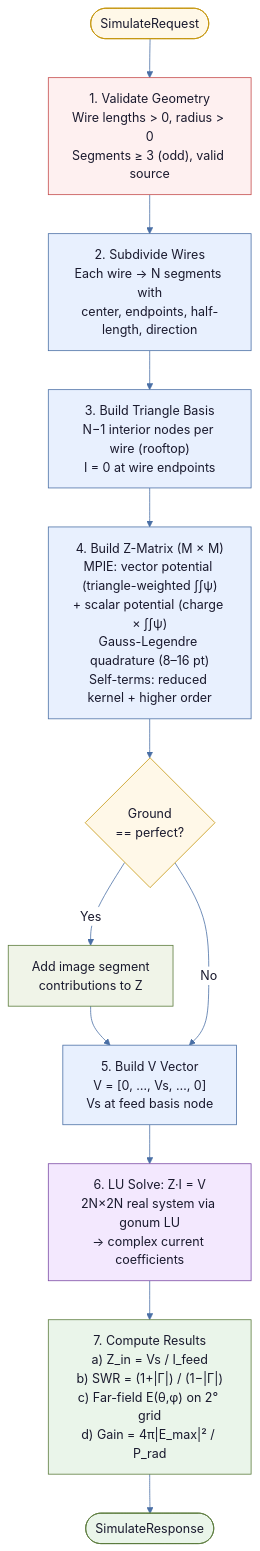
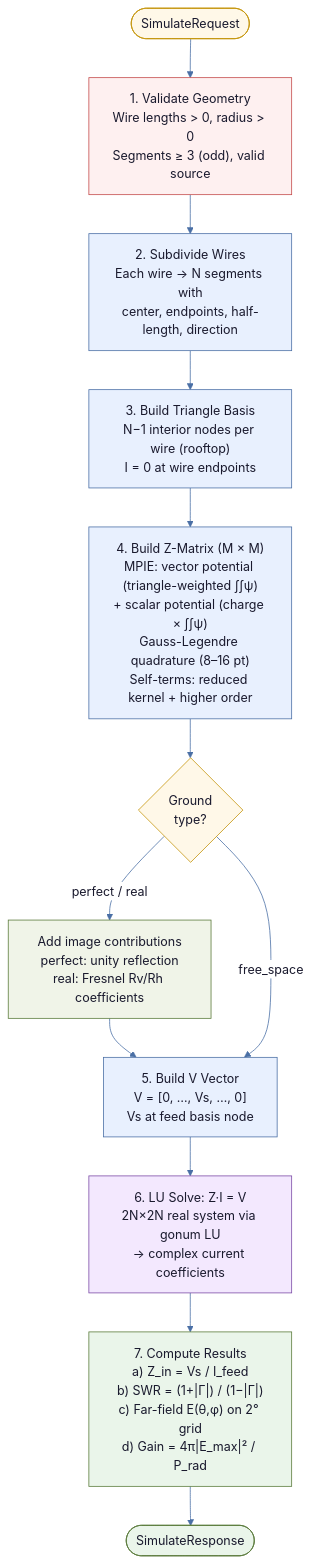
Before and after one commit to Sergio-Slobodrian/VE3KSM-Antenna-Studio: the second of 2 diagrams in ARCHITECTURE.md, drawn with Mermaid. The commit also changed other lines of this file, not shown here.

First line of the commit message:
Update architecture doc to reflect implemented design

````diff
--- a/ARCHITECTURE.md
+++ b/ARCHITECTURE.md
@@ -111,33 +112,33 @@
 ```mermaid
 %%{init: {'theme': 'base', 'themeVariables': {'primaryColor': '#e8f0fe', 'primaryTextColor': '#1a1a2e', 'primaryBorderColor': '#4a6fa5', 'lineColor': '#4a6fa5', 'background': '#ffffff', 'nodeBorder': '#4a6fa5', 'edgeLabelBackground': '#ffffff'}}}%%
 flowchart TD
     IN(["SimulateRequest"])
     V1["1. Validate Geometry<br/>Wire lengths > 0, radius > 0<br/>Segments ≥ 3 (odd), valid source"]
     V2["2. Subdivide Wires<br/>Each wire → N segments with<br/>center, endpoints, half-length, direction"]
     V3["3. Build Triangle Basis<br/>N−1 interior nodes per wire (rooftop)<br/>I = 0 at wire endpoints"]
     V4["4. Build Z-Matrix (M × M)<br/>MPIE: vector potential (triangle-weighted ∫∫ψ)<br/>+ scalar potential (charge × ∫∫ψ)<br/>Gauss-Legendre quadrature (8–16 pt)<br/>Self-terms: reduced kernel + higher order"]
-    V4G{"Ground<br/>== perfect?"}
-    V4I["Add image segment<br/>contributions to Z"]
+    V4G{"Ground<br/>type?"}
+    V4I["Add image contributions<br/>perfect: unity reflection<br/>real: Fresnel Rv/Rh coefficients"]
     V5["5. Build V Vector<br/>V = [0, …, Vs, …, 0]<br/>Vs at feed basis node"]
     V6["6. LU Solve: Z·I = V<br/>2N×2N real system via gonum LU<br/>→ complex current coefficients"]
     V7["7. Compute Results<br/>a) Z_in = Vs / I_feed<br/>b) SWR = (1+|Γ|) / (1−|Γ|)<br/>c) Far-field E(θ,φ) on 2° grid<br/>d) Gain = 4π|E_max|² / P_rad"]
     OUT(["SimulateResponse"])
 
     IN --> V1 --> V2 --> V3 --> V4
     V4 --> V4G
-    V4G -->|Yes| V4I --> V5
-    V4G -->|No| V5
+    V4G -->|"perfect / real"| V4I --> V5
+    V4G -->|"free_space"| V5
     V5 --> V6 --> V7 --> OUT
 
     style IN fill:#fff8e8,stroke:#c4950a,color:#1a1a2e
     style OUT fill:#eaf5ea,stroke:#5a7a3a,color:#1a1a2e
     style V1 fill:#fef0f0,stroke:#c44a4a,color:#1a1a2e
     style V2 fill:#e8f0fe,stroke:#4a6fa5,color:#1a1a2e
     style V3 fill:#e8f0fe,stroke:#4a6fa5,color:#1a1a2e
     style V4 fill:#e8f0fe,stroke:#4a6fa5,color:#1a1a2e
     style V4G fill:#fff8e8,stroke:#c4950a,color:#1a1a2e
     style V4I fill:#f0f4e8,stroke:#5a7a3a,color:#1a1a2e
     style V5 fill:#e8f0fe,stroke:#4a6fa5,color:#1a1a2e
     style V6 fill:#f3e8fe,stroke:#7a4aa5,color:#1a1a2e
     style V7 fill:#eaf5ea,stroke:#5a7a3a,color:#1a1a2e
 ```
````
